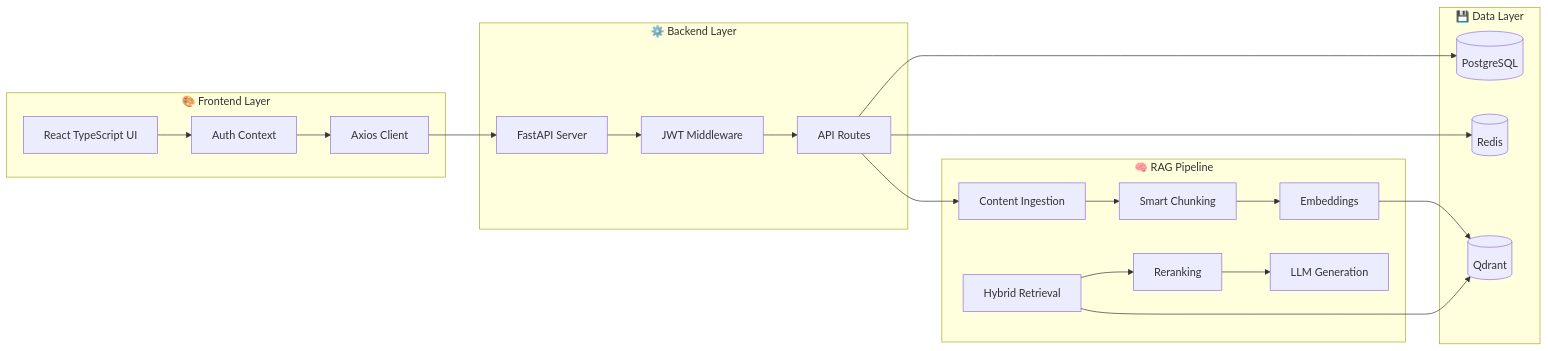
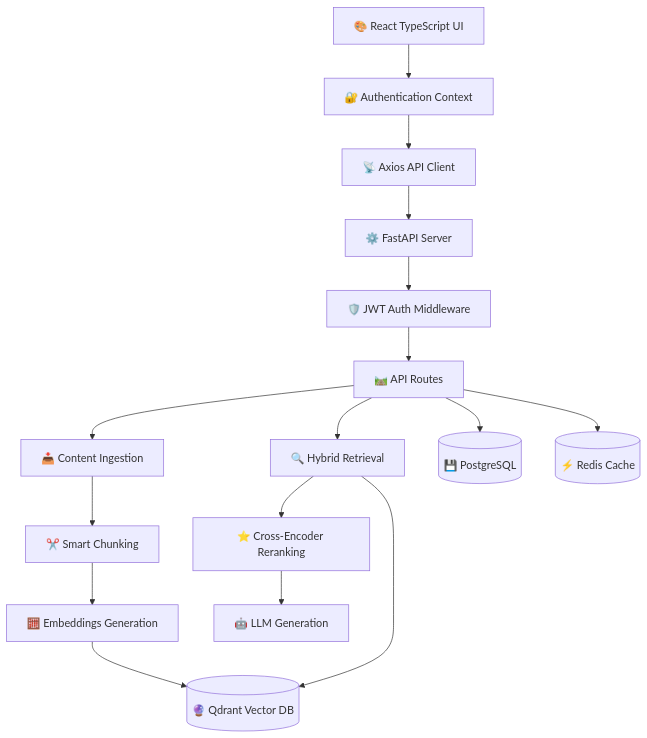
One commit to AmitS1009/YoutubeGPT changed the diagram in README.md. Above: the diagram before and after it, drawn with Mermaid.

````diff
--- a/README.md
+++ b/README.md
@@ -65,44 +65,40 @@
 ```mermaid
-graph LR
-    subgraph Frontend["🎨 Frontend Layer"]
-        UI[React TypeScript UI]
-        Auth[Auth Context]
-        API[Axios Client]
-    end
+graph TB
+    UI[🎨 React TypeScript UI]
+    Auth[🔐 Authentication Context]
+    API[📡 Axios API Client]
     
-    subgraph Backend["⚙️ Backend Layer"]
-        FastAPI[FastAPI Server]
-        AuthMW[JWT Middleware]
-        Routes[API Routes]
-    end
+    FastAPI[⚙️ FastAPI Server]
+    AuthMW[🛡️ JWT Auth Middleware]
+    Routes[🛤️ API Routes]
     
-    subgraph RAG["🧠 RAG Pipeline"]
-        Ingest[Content Ingestion]
-        Chunk[Smart Chunking]
-        Embed[Embeddings]
-        Retrieve[Hybrid Retrieval]
-        Rerank[Reranking]
-        LLM[LLM Generation]
-    end
+    Ingest[📥 Content Ingestion]
+    Chunk[✂️ Smart Chunking]
+    Embed[🧮 Embeddings Generation]
+    Retrieve[🔍 Hybrid Retrieval]
+    Rerank[⭐ Cross-Encoder Reranking]
+    LLM[🤖 LLM Generation]
     
-    subgraph Data["💾 Data Layer"]
-        PG[(PostgreSQL)]
-        R[(Redis)]
-        Q[(Qdrant)]
-    end
+    PG[(💾 PostgreSQL)]
+    R[(⚡ Redis Cache)]
+    Q[(🔮 Qdrant Vector DB)]
     
     UI --> Auth
     Auth --> API
     API --> FastAPI
     FastAPI --> AuthMW
     AuthMW --> Routes
+    
     Routes --> Ingest
+    Routes --> PG
+    Routes --> R
+    
     Ingest --> Chunk
     Chunk --> Embed
     Embed --> Q
+    
+    Routes --> Retrieve
     Retrieve --> Q
     Retrieve --> Rerank
     Rerank --> LLM
-    Routes --> PG
-    Routes --> R
 ```
````
